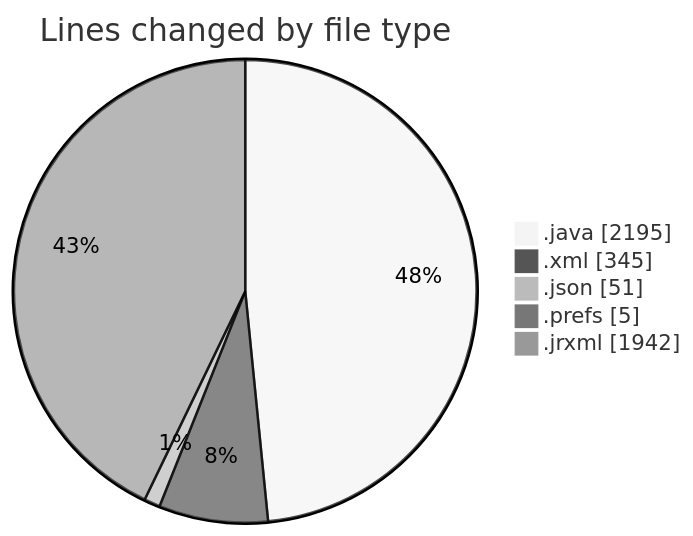
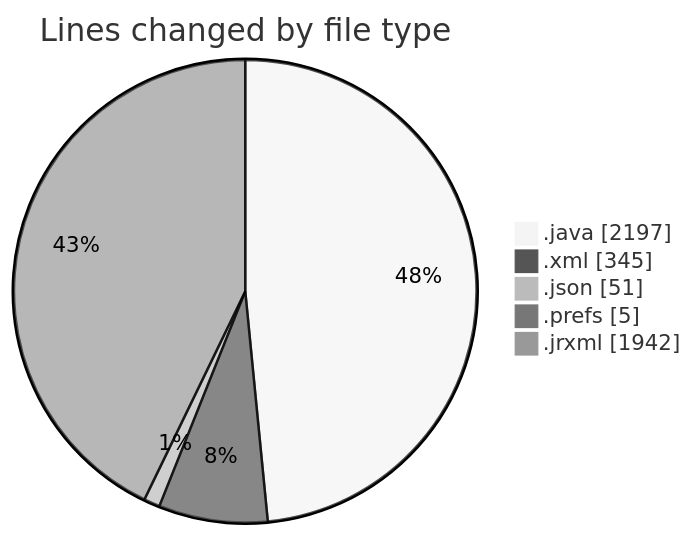
The first of 2 diagrams in 2026-10-01/cilreports__workspace_/README.md (ricardozamudiocil/code-tracking), drawn with Mermaid (neutral theme) before and after one commit. The commit also changed other lines of this file and 1 other file, not shown here.

````diff
--- a/2026-10-01/cilreports__workspace_/README.md
+++ b/2026-10-01/cilreports__workspace_/README.md
@@ -26,9 +26,9 @@
 ```mermaid
 pie showData
 title Lines changed by file type
-".java" : 2195
+".java" : 2197
 ".xml" : 345
 ".json" : 51
 ".prefs" : 5
 ".jrxml" : 1942
 ```
````
